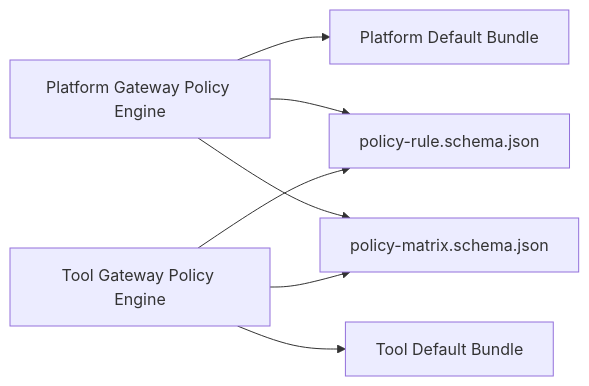
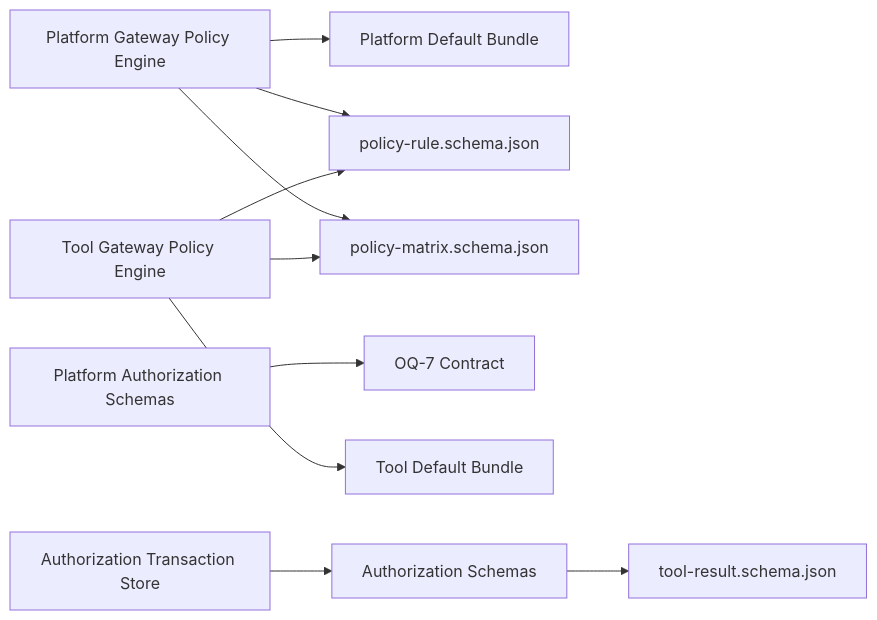
One commit to metasync/luban-aiops changed diagram 12 of 12 in .qoder/repowiki/en/content/Core Services/Platform Gateway/Policy Engine and Authorization.md. Above: the diagram before and after it, drawn with Mermaid. The commit also changed other lines of this file and 215 other files, not shown here.

````diff
--- a/.qoder/repowiki/en/content/Core Services/Platform Gateway/Policy Engine and Authorization.md
+++ b/.qoder/repowiki/en/content/Core Services/Platform Gateway/Policy Engine and Authorization.md
@@ -339,9 +509,12 @@
 ```mermaid
 graph LR
 PGW_PE["Platform Gateway Policy Engine"] --> PGW_BUNDLE["Platform Default Bundle"]
 PGW_PE --> SCHEMA_R["policy-rule.schema.json"]
 PGW_PE --> SCHEMA_M["policy-matrix.schema.json"]
+PGW_AUTH["Platform Authorization Schemas"] --> OQ7_CONTRACT["OQ-7 Contract"]
 TGW_PE["Tool Gateway Policy Engine"] --> TGW_BUNDLE["Tool Default Bundle"]
 TGW_PE --> SCHEMA_R
 TGW_PE --> SCHEMA_M
+AUTH_TX["Authorization Transaction Store"] --> AUTH_SCHEMA["Authorization Schemas"]
+AUTH_SCHEMA --> TOOL_RESULT["tool-result.schema.json"]
 ```
````
